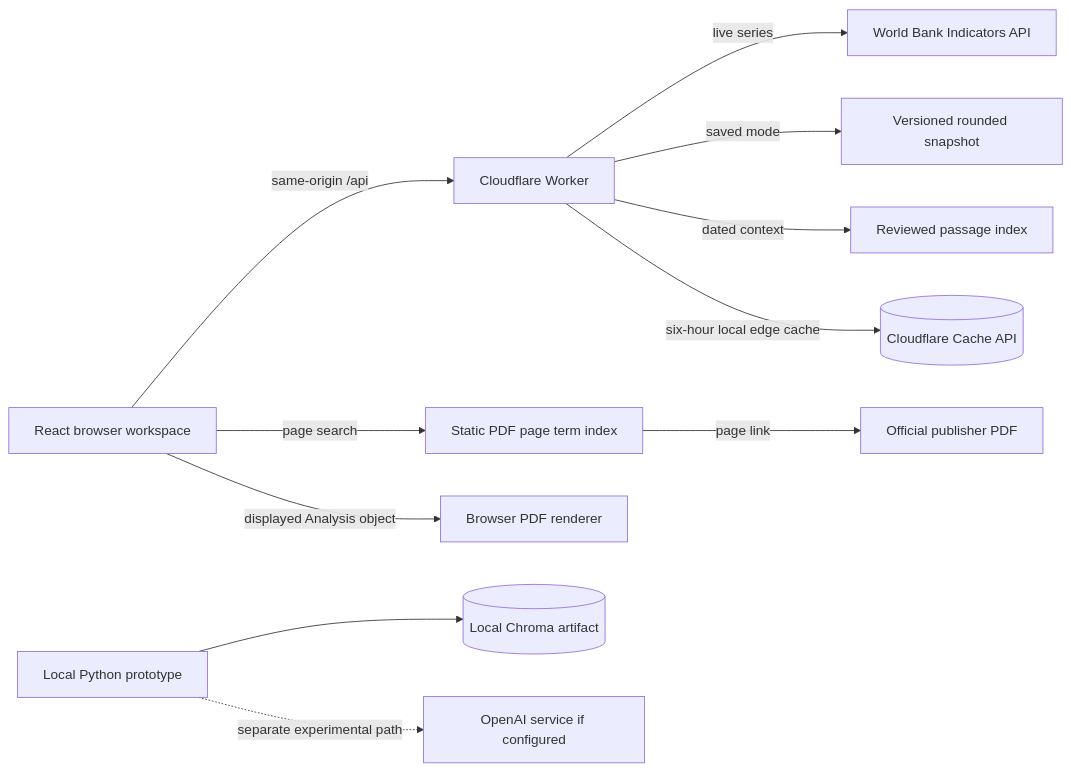
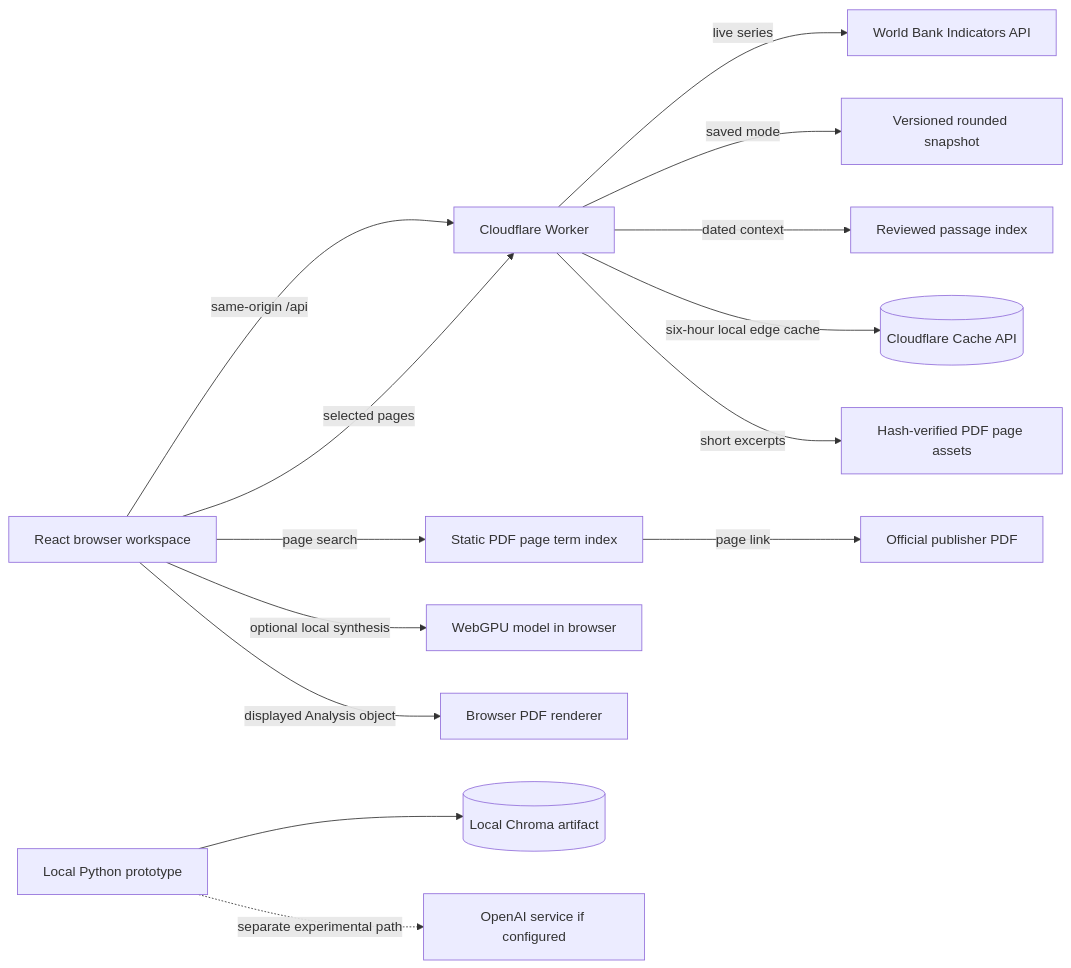
One commit to QinnniQ/global-economic-intelligence-agent changed the diagram in docs/ARCHITECTURE.md. Above: the diagram before and after it, drawn with Mermaid. The commit also changed other lines of this file and 34 other files, not shown here.

````diff
--- a/docs/ARCHITECTURE.md
+++ b/docs/ARCHITECTURE.md
@@ -7,13 +7,16 @@
 ```mermaid
 flowchart LR
   Browser[React browser workspace] -->|same-origin /api| Worker[Cloudflare Worker]
   Worker -->|live series| WB[World Bank Indicators API]
   Worker -->|saved mode| Fixture[Versioned rounded snapshot]
   Worker -->|dated context| Reports[Reviewed passage index]
   Worker -->|six-hour local edge cache| Cache[(Cloudflare Cache API)]
   Browser -->|page search| Lexical[Static PDF page term index]
   Lexical -->|page link| Publisher[Official publisher PDF]
+  Browser -->|selected pages| Worker
+  Worker -->|short excerpts| PageAssets[Hash-verified PDF page assets]
+  Browser -->|optional local synthesis| LocalModel[WebGPU model in browser]
   Browser -->|displayed Analysis object| PDF[Browser PDF renderer]
   Python[Local Python prototype] --> Chroma[(Local Chroma artifact)]
   Python -. separate experimental path .-> OpenAI[OpenAI service if configured]
 ```
````
